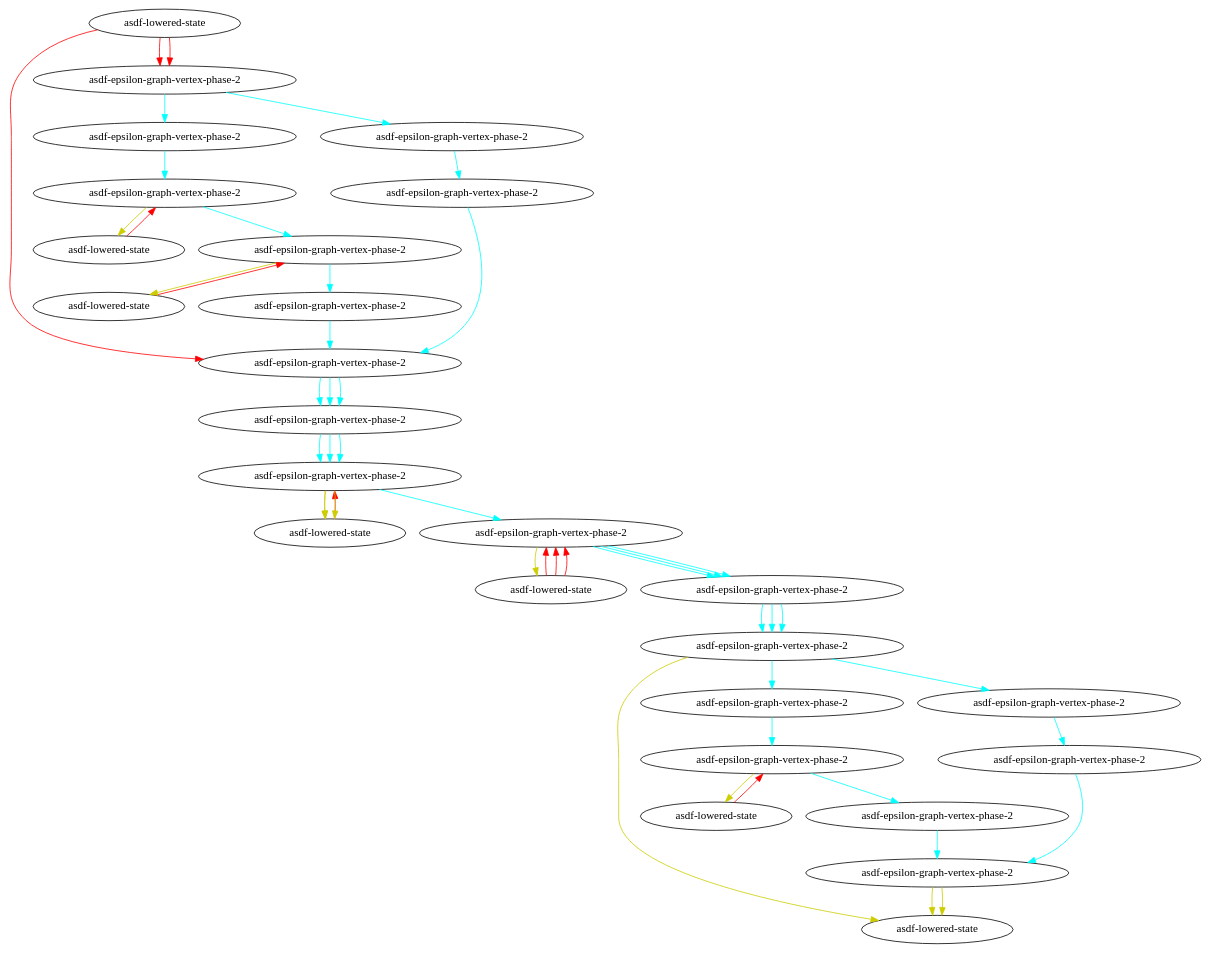
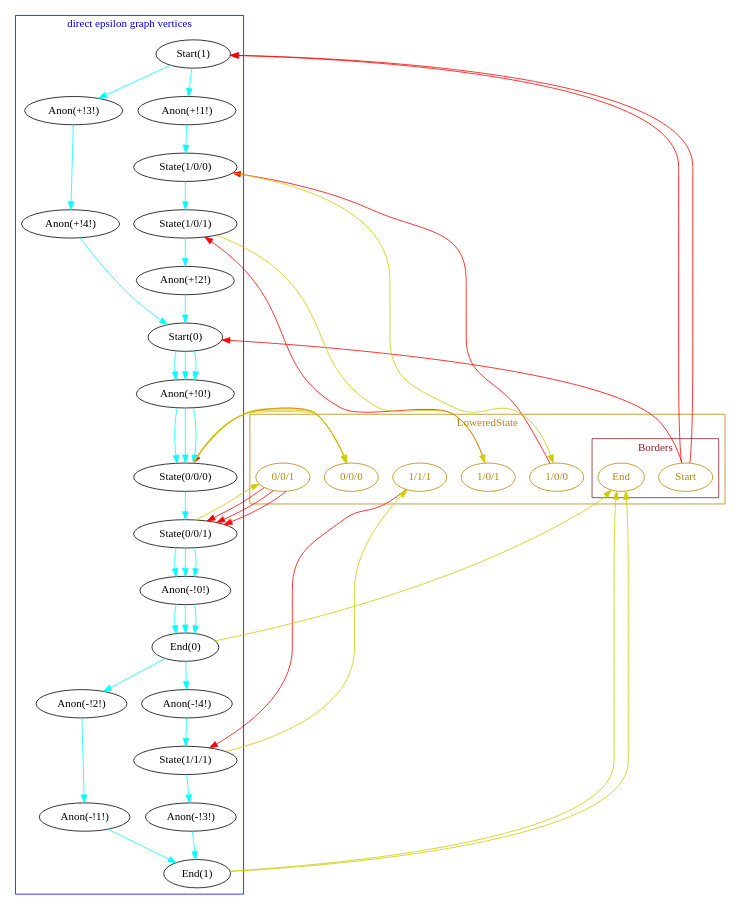
One commit to cosmicexplorer/simultaneous-productions changed the diagram in graphviz-test-new.dot. Above: the diagram before and after it, drawn with Graphviz. The commit also changed 4 other files, not shown here.

```diff
--- a/graphviz-test-new.dot
+++ b/graphviz-test-new.dot
@@ -1,151 +1,165 @@
 digraph test_graph {
   compound = true;
 
-  lowered_state_0[label="asdf-lowered-state", ];
+  subgraph state_vertices {
+    label = "LoweredState";
+    cluster = true;
+    rank = same;
 
-  lowered_state_1[label="asdf-lowered-state", ];
+    color = "darkgoldenrod";
+    fontcolor = "darkgoldenrod";
+    node [color="darkgoldenrod", fontcolor="darkgoldenrod", ];
 
-  lowered_state_2[label="asdf-lowered-state", ];
+    subgraph border_states {
+      label = "Borders";
+      cluster = true;
+      rank = same;
 
-  lowered_state_3[label="asdf-lowered-state", ];
+      color = "brown4";
+      fontcolor = "brown4";
 
-  lowered_state_4[label="asdf-lowered-state", ];
+      lowered_state_0[label="Start", ];
+      lowered_state_6[label="End", ];
+    }
+    lowered_state_1[label="0/0/0", ];
+    lowered_state_2[label="1/0/0", ];
+    lowered_state_3[label="0/0/1", ];
+    lowered_state_4[label="1/0/1", ];
+    lowered_state_5[label="1/1/1", ];
+  }
 
-  lowered_state_5[label="asdf-lowered-state", ];
+  subgraph cyclic_vertices {
+    label = "cyclic epsilon graph vertices";
+    cluster = true;
+    rank = same;
 
-  lowered_state_6[label="asdf-lowered-state", ];
+    color = "blue4";
+    fontcolor = "blue4";
 
-  epsilon_graph_vertex_phase_2_0[label="asdf-epsilon-graph-vertex-phase-2", ];
+  }
 
-  epsilon_graph_vertex_phase_2_1[label="asdf-epsilon-graph-vertex-phase-2", ];
+  subgraph direct_vertices {
+    label = "direct epsilon graph vertices";
+    cluster = true;
+    rank = same;
 
-  epsilon_graph_vertex_phase_2_2[label="asdf-epsilon-graph-vertex-phase-2", ];
+    color = "blue2";
+    fontcolor = "blue2";
 
-  epsilon_graph_vertex_phase_2_3[label="asdf-epsilon-graph-vertex-phase-2", ];
-
-  epsilon_graph_vertex_phase_2_4[label="asdf-epsilon-graph-vertex-phase-2", ];
-
-  epsilon_graph_vertex_phase_2_5[label="asdf-epsilon-graph-vertex-phase-2", ];
-
-  epsilon_graph_vertex_phase_2_6[label="asdf-epsilon-graph-vertex-phase-2", ];
-
-  epsilon_graph_vertex_phase_2_7[label="asdf-epsilon-graph-vertex-phase-2", ];
-
-  epsilon_graph_vertex_phase_2_8[label="asdf-epsilon-graph-vertex-phase-2", ];
-
-  epsilon_graph_vertex_phase_2_9[label="asdf-epsilon-graph-vertex-phase-2", ];
-
-  epsilon_graph_vertex_phase_2_10[label="asdf-epsilon-graph-vertex-phase-2", ];
-
-  epsilon_graph_vertex_phase_2_11[label="asdf-epsilon-graph-vertex-phase-2", ];
-
-  epsilon_graph_vertex_phase_2_12[label="asdf-epsilon-graph-vertex-phase-2", ];
-
-  epsilon_graph_vertex_phase_2_13[label="asdf-epsilon-graph-vertex-phase-2", ];
-
-  epsilon_graph_vertex_phase_2_14[label="asdf-epsilon-graph-vertex-phase-2", ];
-
-  epsilon_graph_vertex_phase_2_15[label="asdf-epsilon-graph-vertex-phase-2", ];
-
-  epsilon_graph_vertex_phase_2_16[label="asdf-epsilon-graph-vertex-phase-2", ];
-
-  epsilon_graph_vertex_phase_2_17[label="asdf-epsilon-graph-vertex-phase-2", ];
-
-  epsilon_graph_vertex_phase_2_18[label="asdf-epsilon-graph-vertex-phase-2", ];
+    epsilon_graph_vertex_phase_2_0[label="Start(0)", ];
+    epsilon_graph_vertex_phase_2_1[label="Anon(+!0!)", ];
+    epsilon_graph_vertex_phase_2_2[label="State(0/0/0)", ];
+    epsilon_graph_vertex_phase_2_3[label="Start(1)", ];
+    epsilon_graph_vertex_phase_2_4[label="Anon(+!1!)", ];
+    epsilon_graph_vertex_phase_2_5[label="State(1/0/0)", ];
+    epsilon_graph_vertex_phase_2_6[label="State(0/0/1)", ];
+    epsilon_graph_vertex_phase_2_7[label="State(1/0/1)", ];
+    epsilon_graph_vertex_phase_2_8[label="State(1/1/1)", ];
+    epsilon_graph_vertex_phase_2_9[label="Anon(-!3!)", ];
+    epsilon_graph_vertex_phase_2_10[label="End(1)", ];
+    epsilon_graph_vertex_phase_2_11[label="Anon(-!0!)", ];
+    epsilon_graph_vertex_phase_2_12[label="End(0)", ];
+    epsilon_graph_vertex_phase_2_13[label="Anon(+!3!)", ];
+    epsilon_graph_vertex_phase_2_14[label="Anon(+!4!)", ];
+    epsilon_graph_vertex_phase_2_15[label="Anon(-!4!)", ];
+    epsilon_graph_vertex_phase_2_16[label="Anon(+!2!)", ];
+    epsilon_graph_vertex_phase_2_17[label="Anon(-!2!)", ];
+    epsilon_graph_vertex_phase_2_18[label="Anon(-!1!)", ];
+  }
 
   lowered_state_0 -> epsilon_graph_vertex_phase_2_0[color="red", ];
 
   epsilon_graph_vertex_phase_2_0 -> epsilon_graph_vertex_phase_2_1[color="aqua", ];
 
   epsilon_graph_vertex_phase_2_1 -> epsilon_graph_vertex_phase_2_2[color="aqua", ];
 
   epsilon_graph_vertex_phase_2_2 -> lowered_state_1[color="yellow3", ];
 
   lowered_state_0 -> epsilon_graph_vertex_phase_2_3[color="red", ];
 
   epsilon_graph_vertex_phase_2_3 -> epsilon_graph_vertex_phase_2_4[color="aqua", ];
 
   epsilon_graph_vertex_phase_2_4 -> epsilon_graph_vertex_phase_2_5[color="aqua", ];
 
   epsilon_graph_vertex_phase_2_5 -> lowered_state_2[color="yellow3", ];
 
   lowered_state_1 -> epsilon_graph_vertex_phase_2_2[color="red", ];
 
   epsilon_graph_vertex_phase_2_2 -> epsilon_graph_vertex_phase_2_6[color="aqua", ];
 
   epsilon_graph_vertex_phase_2_6 -> lowered_state_3[color="yellow3", ];
 
   lowered_state_2 -> epsilon_graph_vertex_phase_2_5[color="red", ];
 
   epsilon_graph_vertex_phase_2_5 -> epsilon_graph_vertex_phase_2_7[color="aqua", ];
 
   epsilon_graph_vertex_phase_2_7 -> lowered_state_4[color="yellow3", ];
 
   lowered_state_5 -> epsilon_graph_vertex_phase_2_8[color="red", ];
 
   epsilon_graph_vertex_phase_2_8 -> epsilon_graph_vertex_phase_2_9[color="aqua", ];
 
   epsilon_graph_vertex_phase_2_9 -> epsilon_graph_vertex_phase_2_10[color="aqua", ];
 
   epsilon_graph_vertex_phase_2_10 -> lowered_state_6[color="yellow3", ];
 
   lowered_state_3 -> epsilon_graph_vertex_phase_2_6[color="red", ];
 
   epsilon_graph_vertex_phase_2_6 -> epsilon_graph_vertex_phase_2_11[color="aqua", ];
 
   epsilon_graph_vertex_phase_2_11 -> epsilon_graph_vertex_phase_2_12[color="aqua", ];
 
   epsilon_graph_vertex_phase_2_12 -> lowered_state_6[color="yellow3", ];
 
   lowered_state_0 -> epsilon_graph_vertex_phase_2_3[color="red", ];
 
   epsilon_graph_vertex_phase_2_3 -> epsilon_graph_vertex_phase_2_13[color="aqua", ];
 
   epsilon_graph_vertex_phase_2_13 -> epsilon_graph_vertex_phase_2_14[color="aqua", ];
 
   epsilon_graph_vertex_phase_2_14 -> epsilon_graph_vertex_phase_2_0[color="aqua", ];
 
   epsilon_graph_vertex_phase_2_0 -> epsilon_graph_vertex_phase_2_1[color="aqua", ];
 
   epsilon_graph_vertex_phase_2_1 -> epsilon_graph_vertex_phase_2_2[color="aqua", ];
 
   epsilon_graph_vertex_phase_2_2 -> lowered_state_1[color="yellow3", ];
 
   lowered_state_3 -> epsilon_graph_vertex_phase_2_6[color="red", ];
 
   epsilon_graph_vertex_phase_2_6 -> epsilon_graph_vertex_phase_2_11[color="aqua", ];
 
   epsilon_graph_vertex_phase_2_11 -> epsilon_graph_vertex_phase_2_12[color="aqua", ];
 
   epsilon_graph_vertex_phase_2_12 -> epsilon_graph_vertex_phase_2_15[color="aqua", ];
 
   epsilon_graph_vertex_phase_2_15 -> epsilon_graph_vertex_phase_2_8[color="aqua", ];
 
   epsilon_graph_vertex_phase_2_8 -> lowered_state_5[color="yellow3", ];
 
   lowered_state_4 -> epsilon_graph_vertex_phase_2_7[color="red", ];
 
   epsilon_graph_vertex_phase_2_7 -> epsilon_graph_vertex_phase_2_16[color="aqua", ];
 
   epsilon_graph_vertex_phase_2_16 -> epsilon_graph_vertex_phase_2_0[color="aqua", ];
 
   epsilon_graph_vertex_phase_2_0 -> epsilon_graph_vertex_phase_2_1[color="aqua", ];
 
   epsilon_graph_vertex_phase_2_1 -> epsilon_graph_vertex_phase_2_2[color="aqua", ];
 
   epsilon_graph_vertex_phase_2_2 -> lowered_state_1[color="yellow3", ];
 
   lowered_state_3 -> epsilon_graph_vertex_phase_2_6[color="red", ];
 
   epsilon_graph_vertex_phase_2_6 -> epsilon_graph_vertex_phase_2_11[color="aqua", ];
 
   epsilon_graph_vertex_phase_2_11 -> epsilon_graph_vertex_phase_2_12[color="aqua", ];
 
   epsilon_graph_vertex_phase_2_12 -> epsilon_graph_vertex_phase_2_17[color="aqua", ];
 
   epsilon_graph_vertex_phase_2_17 -> epsilon_graph_vertex_phase_2_18[color="aqua", ];
 
   epsilon_graph_vertex_phase_2_18 -> epsilon_graph_vertex_phase_2_10[color="aqua", ];
 
   epsilon_graph_vertex_phase_2_10 -> lowered_state_6[color="yellow3", ];
 }
```
